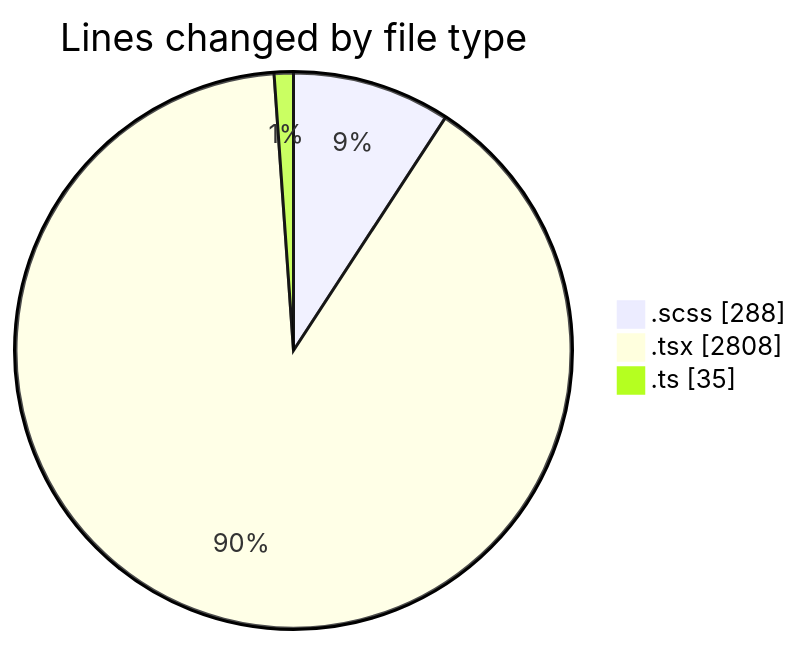
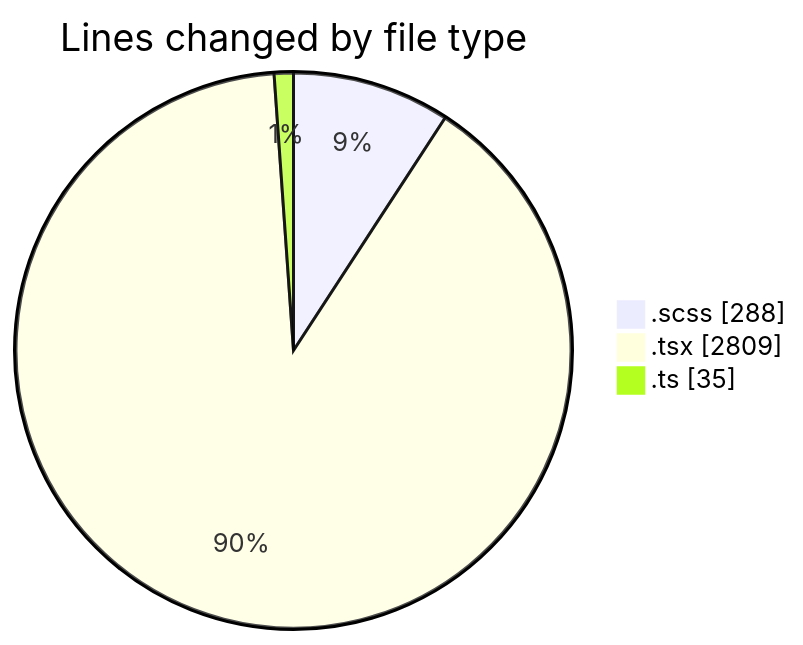
Before and after one commit to momahboobian/code-tracking: the first of 2 diagrams in 2025-02-10/cda/README.md, drawn with Mermaid. The commit also changed other lines of this file and 1 other file, not shown here.

````diff
--- a/2025-02-10/cda/README.md
+++ b/2025-02-10/cda/README.md
@@ -25,7 +25,7 @@
 ```mermaid
 pie showData
 title Lines changed by file type
 ".scss" : 288
-".tsx" : 2808
+".tsx" : 2809
 ".ts" : 35
 ```
````
